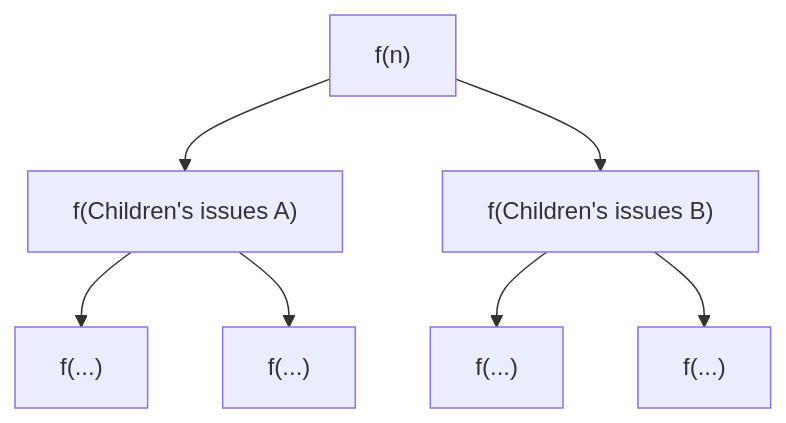
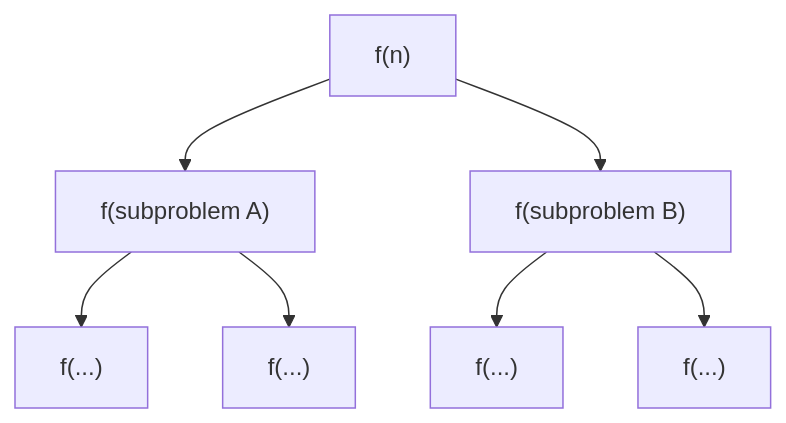
One commit to easonlines2007/easonlin-blog changed the first of 2 diagrams in src/content/translations/en/notes/cs61a/lecture-10.md. Above: the diagram before and after it, drawn with Mermaid. The commit also changed other lines of this file and 158 other files, not shown here.

````diff
--- a/src/content/translations/en/notes/cs61a/lecture-10.md
+++ b/src/content/translations/en/notes/cs61a/lecture-10.md
@@ -172,9 +352,9 @@
 ```mermaid
 graph TD
-    Root["f(n)"] --> Left["f(Children's issues A)"]
-    Root --> Right["f(Children's issues B)"]
+    Root["f(n)"] --> Left["f(subproblem A)"]
+    Root --> Right["f(subproblem B)"]
     Left --> L1["f(...)"]
     Left --> L2["f(...)"]
     Right --> R1["f(...)"]
     Right --> R2["f(...)"]
 ```
````
